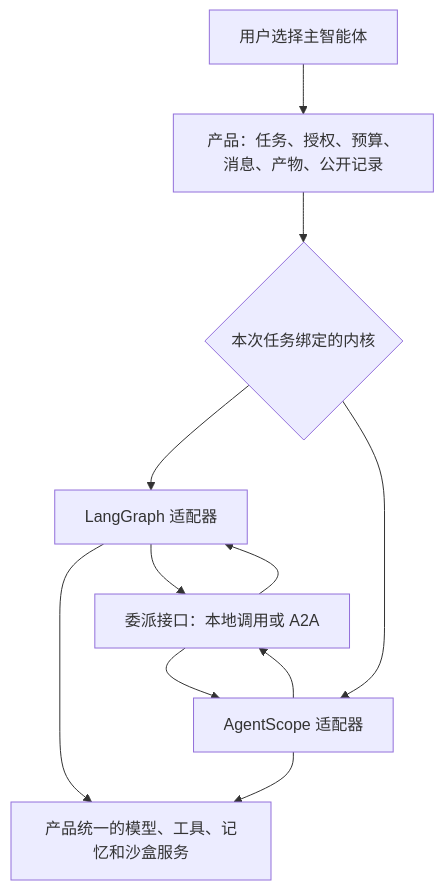
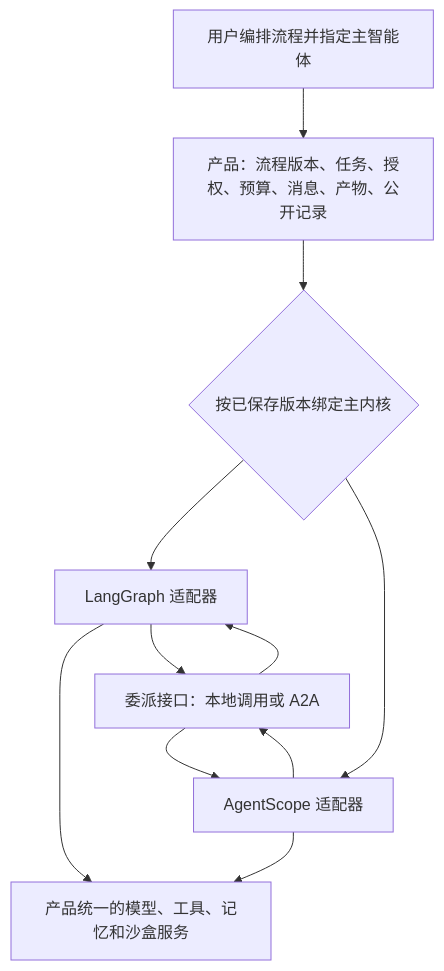
The diagram in docs/architecture/01-candidate-architecture.md (zhangtianhong-1998/xuanyue-data-agent), drawn with Mermaid before and after one commit. The commit also changed other lines of this file and 11 other files, not shown here.

````diff
--- a/docs/architecture/01-candidate-architecture.md
+++ b/docs/architecture/01-candidate-architecture.md
@@ -13,13 +13,13 @@
 ```mermaid
 flowchart TD
-  U[用户选择主智能体] --> H[产品：任务、授权、预算、消息、产物、公开记录]
-  H --> K{本次任务绑定的内核}
+  U[用户编排流程并指定主智能体] --> H[产品：流程版本、任务、授权、预算、消息、产物、公开记录]
+  H --> K{按已保存版本绑定主内核}
   K --> L[LangGraph 适配器]
   K --> A[AgentScope 适配器]
   L --> P[产品统一的模型、工具、记忆和沙盒服务]
   A --> P
   L --> D[委派接口：本地调用或 A2A]
   A --> D
   D --> L
   D --> A
 ```
````
